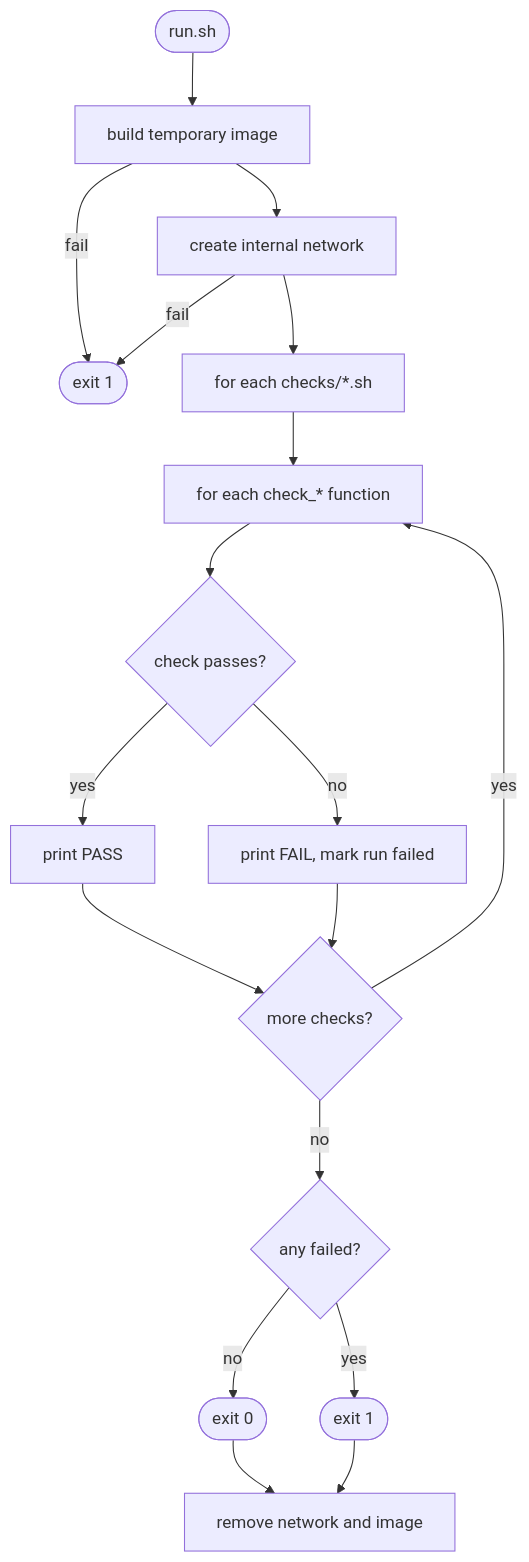
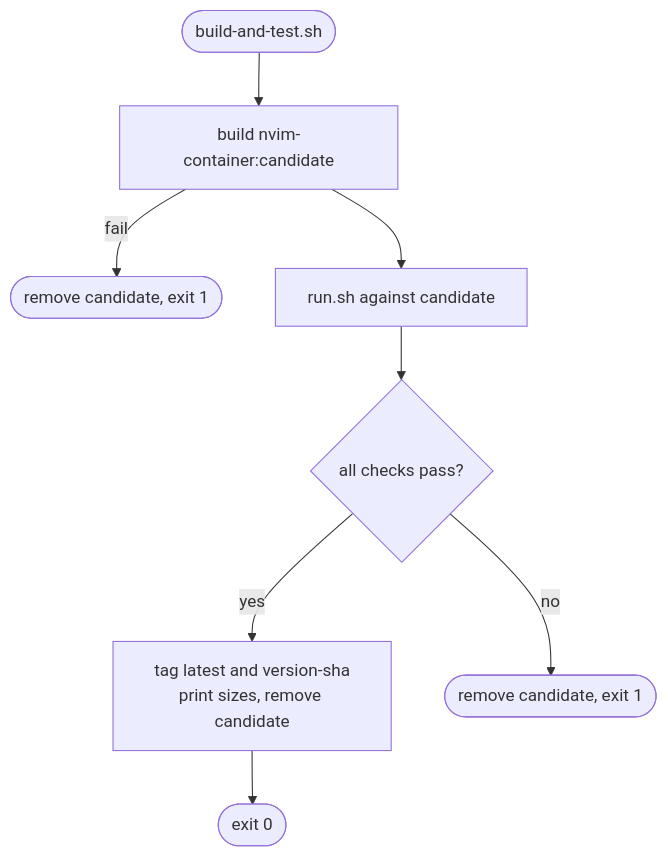
One commit to walliscode/nvim_container changed the fourth of 4 diagrams in docs/how-it-works.md. Above: the diagram before and after it, drawn with Mermaid. The commit also changed other lines of this file and 4 other files, not shown here.

First line of the commit message:
Add build-and-test command that keeps the tested image on pass (ticket 15, #24)

````diff
--- a/docs/how-it-works.md
+++ b/docs/how-it-works.md
@@ -85,20 +96,10 @@
 ```mermaid
 flowchart TD
-    S([run.sh]) --> Build[build temporary image]
-    Build -->|fail| X1([exit 1])
-    Build --> Net[create internal network]
-    Net -->|fail| X1
-    Net --> Loop[for each checks/*.sh]
-    Loop --> Fn[for each check_* function]
-    Fn --> Run{check passes?}
-    Run -- yes --> P[print PASS]
-    Run -- no --> F[print FAIL, mark run failed]
-    P --> Next{more checks?}
-    F --> Next
-    Next -- yes --> Fn
-    Next -- no --> Done{any failed?}
-    Done -- no --> OK([exit 0])
-    Done -- yes --> Bad([exit 1])
-    OK --> Clean[remove network and image]
-    Bad --> Clean
+    S([build-and-test.sh]) --> Build[build nvim-container:candidate]
+    Build -->|fail| X1([remove candidate, exit 1])
+    Build --> Run[run.sh against candidate]
+    Run --> Done{all checks pass?}
+    Done -- yes --> Tag[tag latest and version-sha<br/>print sizes, remove candidate]
+    Tag --> OK([exit 0])
+    Done -- no --> Bad([remove candidate, exit 1])
 ```
````
